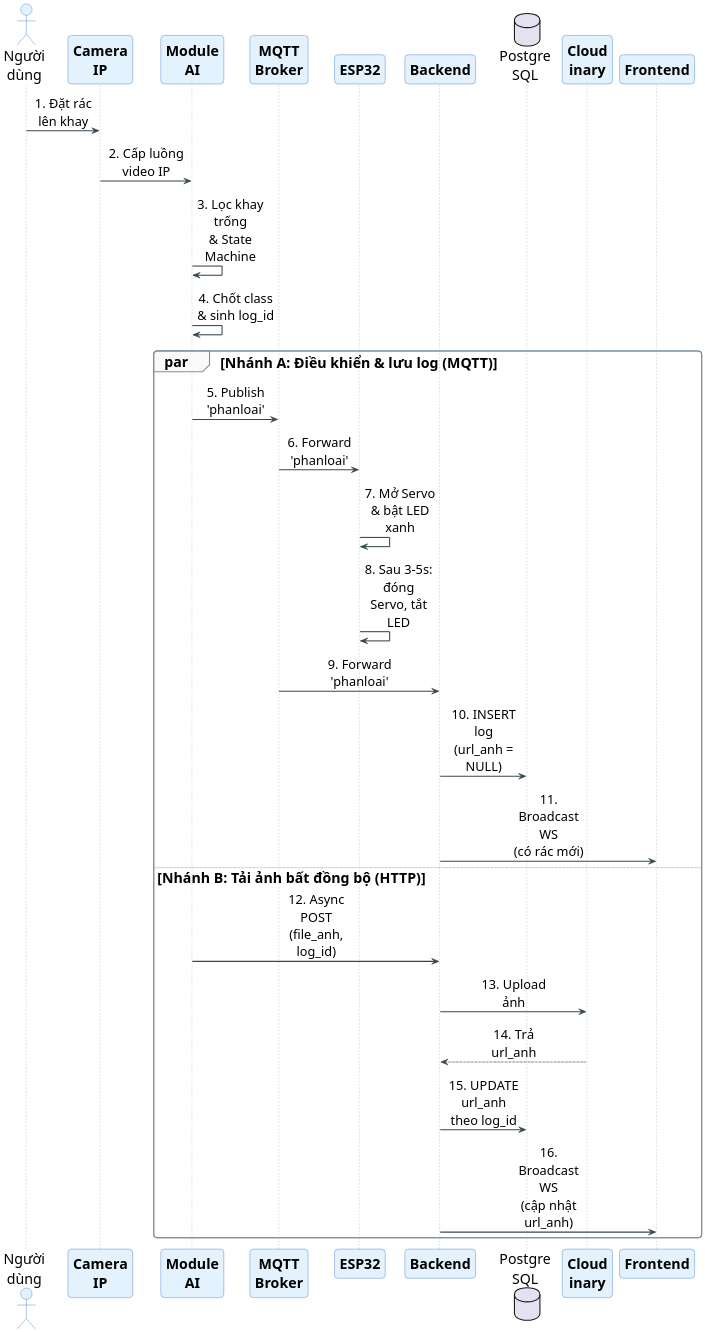
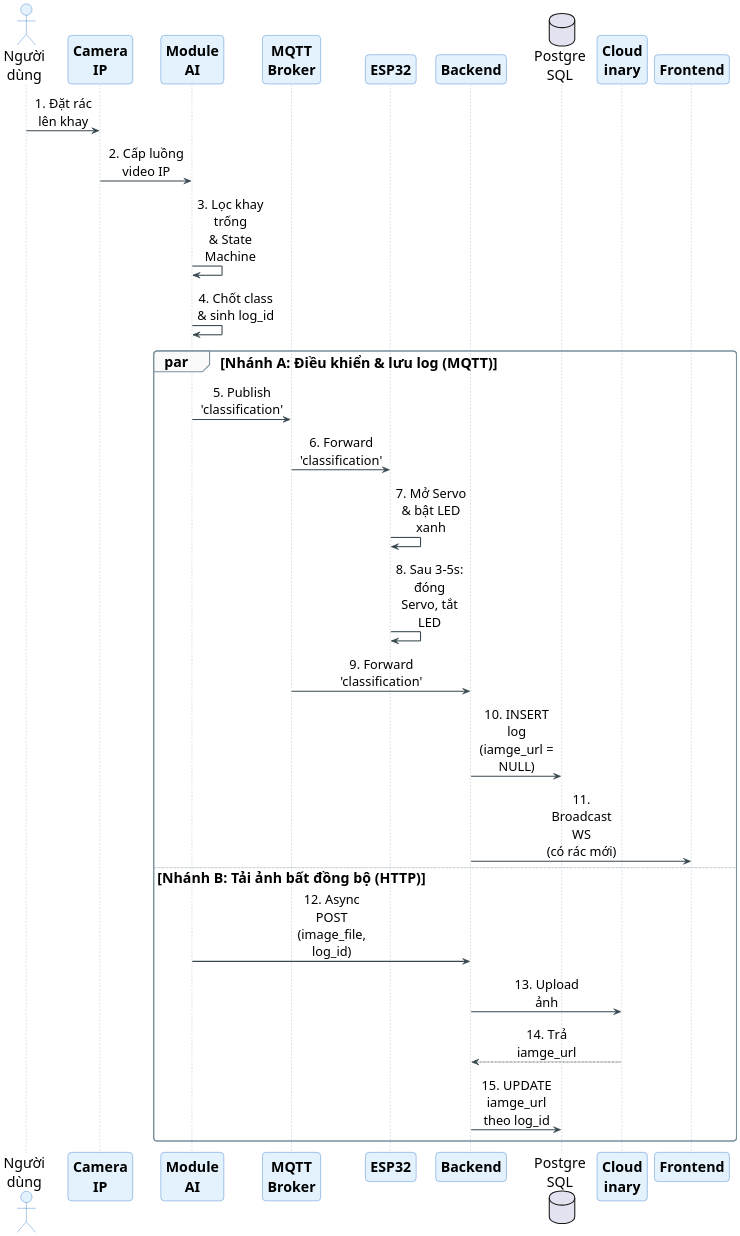
The diagram in DOCS/SoDoKienTruc/2.5.1-luong-nhan-dien-phan-loai-rac.md (NguyenTAnh2005/Do-An-Mon-Hoc), drawn with PlantUML before and after one commit. The commit also changed 2 other files, not shown here.

Commit message:
docs: update diagram

```diff
--- a/DOCS/SoDoKienTruc/2.5.1-luong-nhan-dien-phan-loai-rac.md
+++ b/DOCS/SoDoKienTruc/2.5.1-luong-nhan-dien-phan-loai-rac.md
@@ -1,68 +1,67 @@
 @startuml
 skinparam dpi 200
 skinparam defaultFontName "Times New Roman"
 skinparam defaultFontSize 20
 skinparam ArrowFontSize 18
 skinparam shadowing false
 skinparam roundcorner 10
 skinparam maxMessageSize 110
 skinparam SequenceMessageAlign center
 skinparam sequenceArrowThickness 1.5
 skinparam ParticipantFontStyle bold
 skinparam sequence {
 ArrowColor #37474F
 LifeLineBorderColor #90A4AE
 ParticipantBackgroundColor #E3F2FD
 ParticipantBorderColor #1565C0
 ActorBackgroundColor #E3F2FD
 ActorBorderColor #1565C0
 DatabaseBackgroundColor #E3F2FD
 GroupBackgroundColor #FAFAFA
 GroupBorderColor #78909C
 }
 
 actor "Người\ndùng" as User
 participant "Camera\nIP" as Cam
 participant "Module\nAI" as AI
 participant "MQTT\nBroker" as Broker
 participant "ESP32" as ESP
 participant "Backend" as Web
 database "Postgre\nSQL" as DB
 participant "Cloud\ninary" as Cloud
 participant "Frontend" as FE
 
 User -> Cam: 1. Đặt rác\nlên khay
 ||8||
 Cam -> AI: 2. Cấp luồng\nvideo IP
 ||8||
 AI -> AI: 3. Lọc khay trống\n& State Machine
 ||8||
 AI -> AI: 4. Chốt class\n& sinh log_id
 ||8||
 
 par Nhánh A: Điều khiển & lưu log (MQTT)
-AI -> Broker: 5. Publish\n'phanloai'
+AI -> Broker: 5. Publish\n'classification'
 ||8||
-Broker -> ESP: 6. Forward\n'phanloai'
+Broker -> ESP: 6. Forward\n'classification'
 ||8||
 ESP -> ESP: 7. Mở Servo\n& bật LED xanh
 ||8||
 ESP -> ESP: 8. Sau 3-5s: đóng\nServo, tắt LED
 ||8||
-Broker -> Web: 9. Forward\n'phanloai'
+Broker -> Web: 9. Forward\n'classification'
 ||8||
-Web -> DB: 10. INSERT log\n(url_anh = NULL)
+Web -> DB: 10. INSERT log\n(iamge_url = NULL)
 ||8||
 Web -> FE: 11. Broadcast WS\n(có rác mới)
 else Nhánh B: Tải ảnh bất đồng bộ (HTTP)
-AI -> Web: 12. Async POST\n(file_anh, log_id)
+AI -> Web: 12. Async POST\n(image_file, log_id)
 ||8||
 Web -> Cloud: 13. Upload ảnh
 ||8||
-Cloud --> Web: 14. Trả url_anh
+Cloud --> Web: 14. Trả iamge_url
 ||8||
-Web -> DB: 15. UPDATE url_anh\ntheo log_id
+Web -> DB: 15. UPDATE iamge_url\ntheo log_id
 ||8||
-Web -> FE: 16. Broadcast WS\n(cập nhật url_anh)
 end
 @enduml
```
